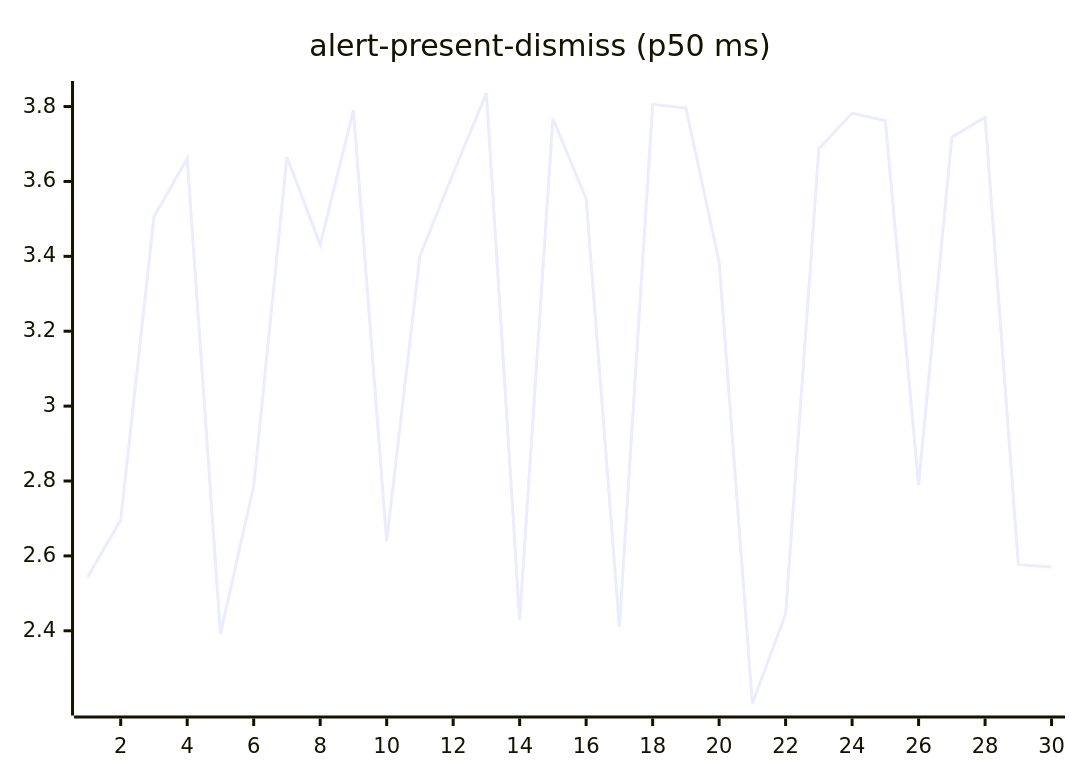
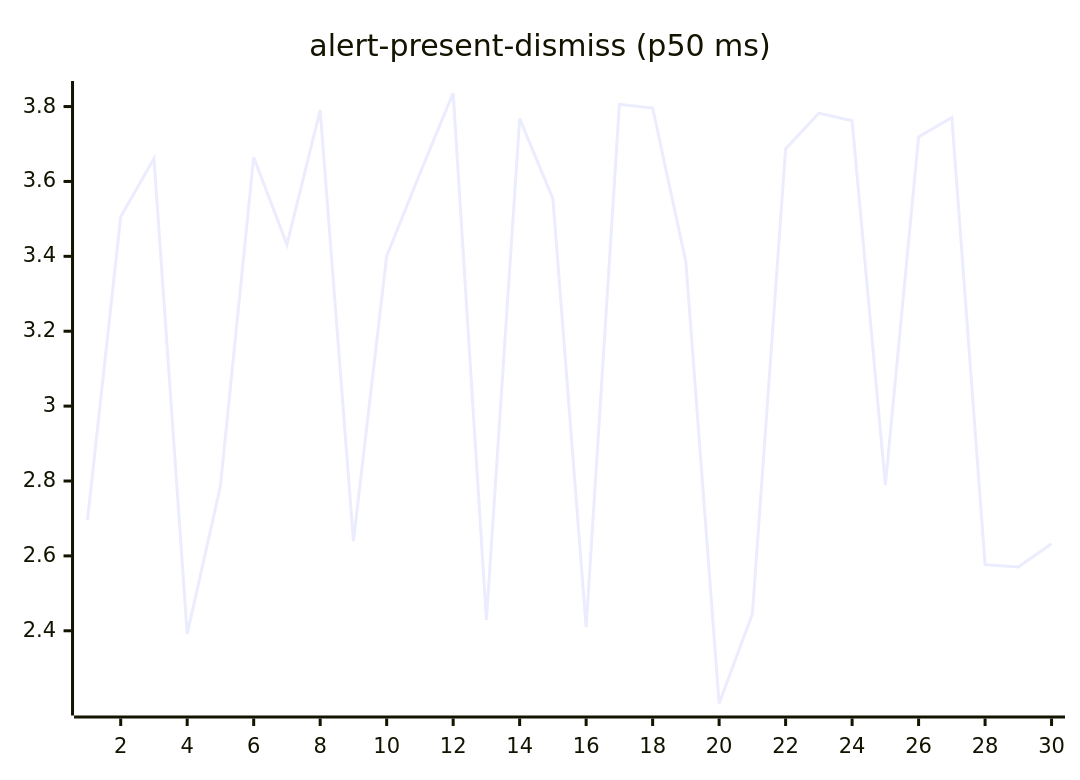
The second of 27 diagrams in README.md (josha/Facet), drawn with Mermaid before and after one commit. The commit also changed other lines of this file and 2 other files, not shown here.

````diff
--- a/README.md
+++ b/README.md
@@ -70,6 +70,6 @@
 ```mermaid
 xychart-beta
     title "alert-present-dismiss (p50 ms)"
     x-axis 1 --> 30
-    line [2.5432, 2.6957, 3.5058, 3.6611, 2.3918, 2.7865, 3.6648, 3.4312, 3.7906, 2.6392, 3.4008, 3.6212, 3.8362, 2.4288, 3.7676, 3.5538, 2.4095, 3.8060, 3.7961, 3.3851, 2.2058, 2.4450, 3.6869, 3.7826, 3.7621, 2.7891, 3.7187, 3.7708, 2.5766, 2.5704]
+    line [2.6957, 3.5058, 3.6611, 2.3918, 2.7865, 3.6648, 3.4312, 3.7906, 2.6392, 3.4008, 3.6212, 3.8362, 2.4288, 3.7676, 3.5538, 2.4095, 3.8060, 3.7961, 3.3851, 2.2058, 2.4450, 3.6869, 3.7826, 3.7621, 2.7891, 3.7187, 3.7708, 2.5766, 2.5704, 2.6324]
 ```
````
